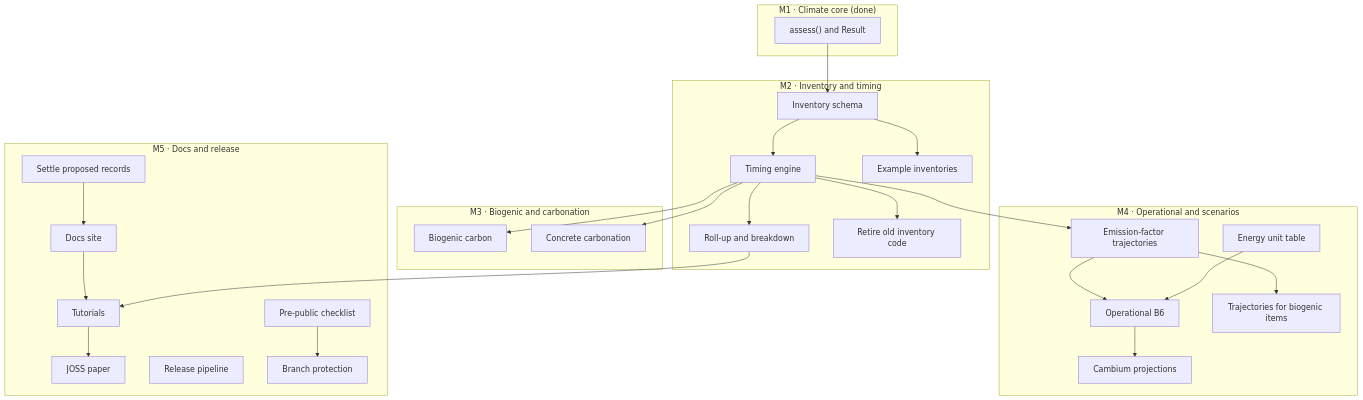
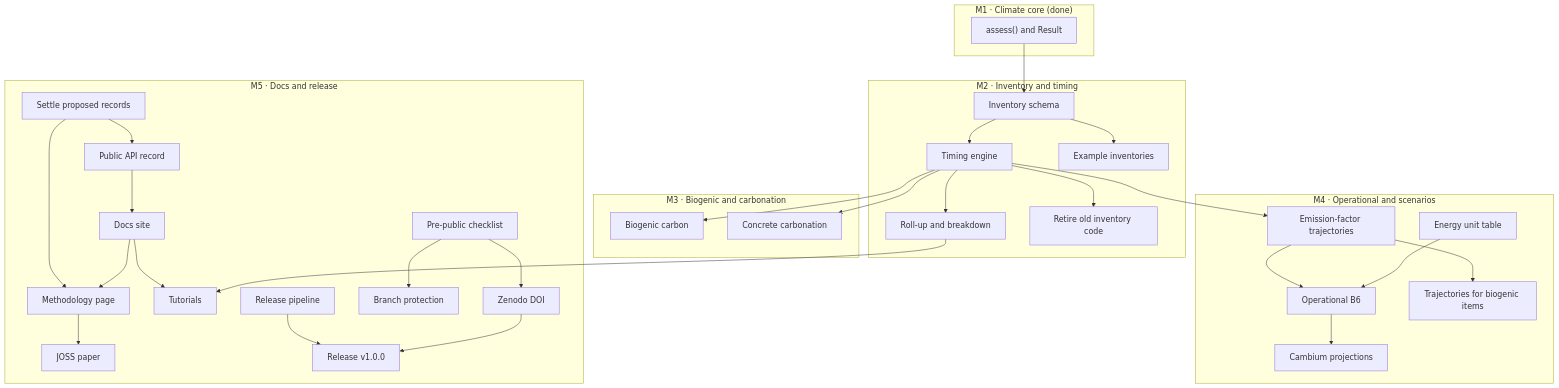
The diagram in docs/roadmap.md (jayarehart/DLCA), drawn with Mermaid before and after one commit. The commit also changed other lines of this file, not shown here.

First line of the commit message:
Roadmap: M5 milestone link and issue numbers (#95-#104)

````diff
--- a/docs/roadmap.md
+++ b/docs/roadmap.md
@@ -83,34 +83,40 @@
 ```mermaid
 flowchart TB
   subgraph M1["M1 · Climate core (done)"]
     A["assess() and Result"]
   end
   subgraph M2["M2 · Inventory and timing"]
     S["Inventory schema"] --> T["Timing engine"]
     T --> G["Roll-up and breakdown"]
     S --> X["Example inventories"]
     T --> RT["Retire old inventory code"]
   end
   subgraph M3["M3 · Biogenic and carbonation"]
     B["Biogenic carbon"]
     C["Concrete carbonation"]
   end
   subgraph M4["M4 · Operational and scenarios"]
     E["Emission-factor trajectories"] --> O["Operational B6"]
     U["Energy unit table"] --> O
     O --> CB["Cambium projections"]
     E --> BT["Trajectories for biogenic items"]
   end
   subgraph M5["M5 · Docs and release"]
-    AR["Settle proposed records"] --> D["Docs site"]
+    AR["Settle proposed records"] --> API["Public API record"]
+    API --> D["Docs site"]
+    AR --> MP["Methodology page"]
+    D --> MP
     D --> TU["Tutorials"]
-    TU --> P["JOSS paper"]
+    MP --> P["JOSS paper"]
     R["Release pipeline"]
     PP["Pre-public checklist"] --> BP["Branch protection"]
+    PP --> Z["Zenodo DOI"]
+    R --> V["Release v1.0.0"]
+    Z --> V
   end
   A --> S
   T --> B
   T --> C
   T --> E
   G --> TU
 ```
````
